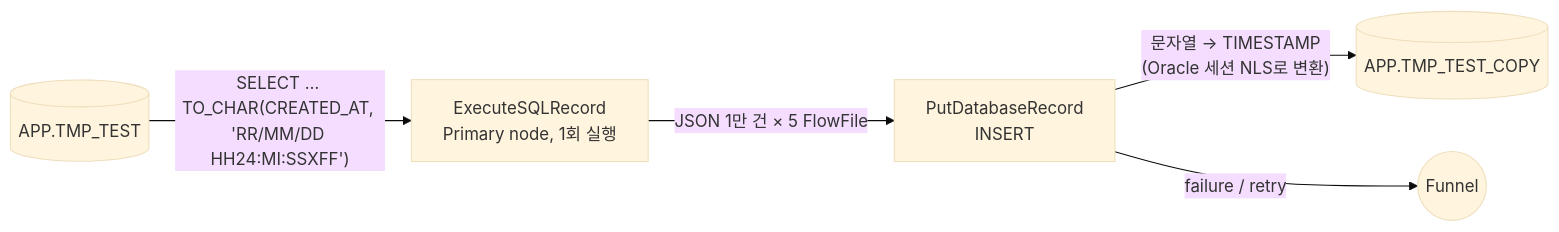
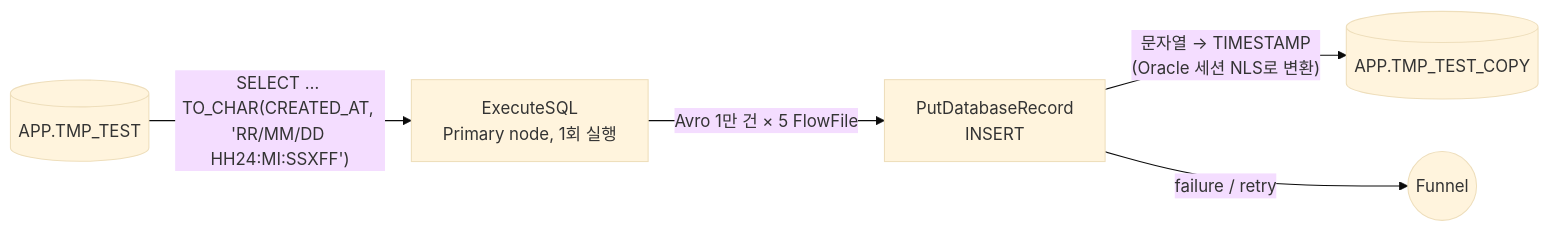
Before and after one commit to DataDynamics/nifi-sqoop-removal: the diagram in docs/appendix-b-oracle-copy-putdatabaserecord.md, drawn with Mermaid (base theme). The commit also changed other lines of this file and 1 other file, not shown here.

First line of the commit message:
부록 B: 조회를 ExecuteSQLRecord에서 ExecuteSQL(Avro)로 변경

````diff
--- a/docs/appendix-b-oracle-copy-putdatabaserecord.md
+++ b/docs/appendix-b-oracle-copy-putdatabaserecord.md
@@ -11,7 +11,7 @@
 ```mermaid
 flowchart LR
-    S[(APP.TMP_TEST)] -->|"SELECT … TO_CHAR(CREATED_AT, 'RR/MM/DD HH24:MI:SSXFF')"| E[ExecuteSQLRecord<br/>Primary node, 1회 실행]
-    E -->|JSON 1만 건 × 5 FlowFile| P[PutDatabaseRecord<br/>INSERT]
+    S[(APP.TMP_TEST)] -->|"SELECT … TO_CHAR(CREATED_AT, 'RR/MM/DD HH24:MI:SSXFF')"| E[ExecuteSQL<br/>Primary node, 1회 실행]
+    E -->|Avro 1만 건 × 5 FlowFile| P[PutDatabaseRecord<br/>INSERT]
     P -->|"문자열 → TIMESTAMP<br/>(Oracle 세션 NLS로 변환)"| T[(APP.TMP_TEST_COPY)]
     P -->|failure / retry| F((Funnel))
 ```
````
